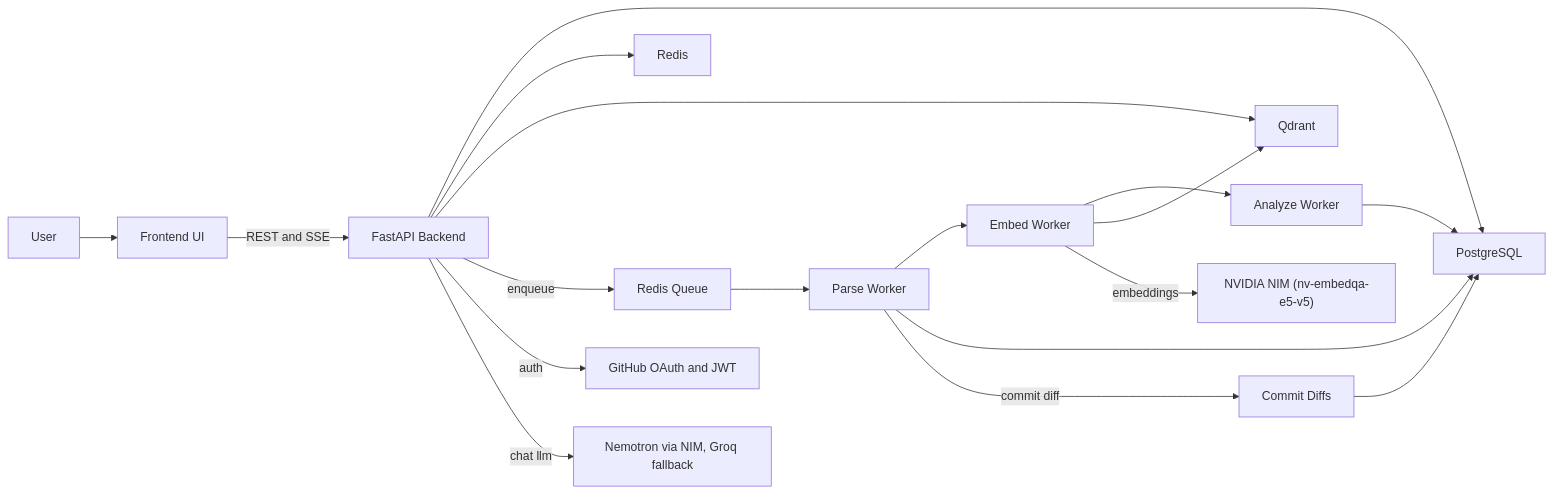
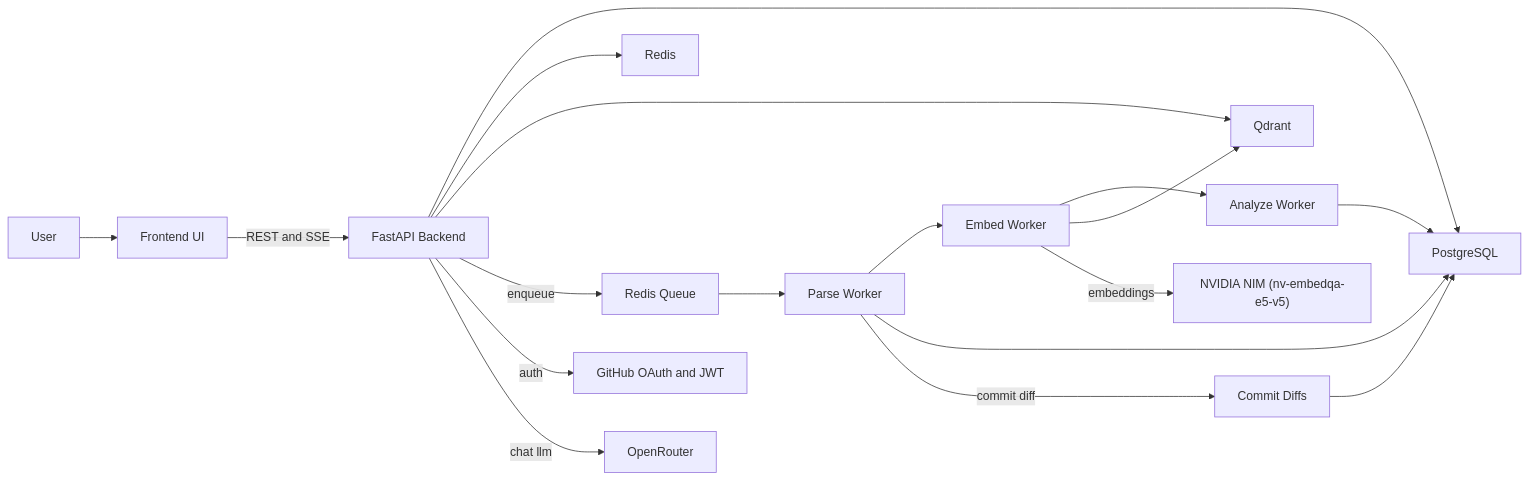
The diagram in README.md (atikulmunna/devlens-fullstack), drawn with Mermaid before and after one commit. The commit also changed other lines of this file and 14 other files, not shown here.

````diff
--- a/README.md
+++ b/README.md
@@ -44,24 +44,24 @@
 ```mermaid
 flowchart LR
   user["User"] --> frontend["Frontend UI"]
   frontend -->|REST and SSE| backend["FastAPI Backend"]
 
   backend --> postgres["PostgreSQL"]
   backend --> redis["Redis"]
   backend --> qdrant["Qdrant"]
 
   backend -->|enqueue| queue["Redis Queue"]
   queue --> parse["Parse Worker"]
   parse --> embed["Embed Worker"]
   embed --> analyze["Analyze Worker"]
 
   parse --> postgres
   parse -->|commit diff| diff["Commit Diffs"]
   diff --> postgres
   embed --> qdrant
   analyze --> postgres
 
   embed -->|embeddings| nim["NVIDIA NIM (nv-embedqa-e5-v5)"]
   backend -->|auth| auth["GitHub OAuth and JWT"]
-  backend -->|chat llm| llm["Nemotron via NIM, Groq fallback"]
+  backend -->|chat llm| llm["OpenRouter"]
 ```
````
